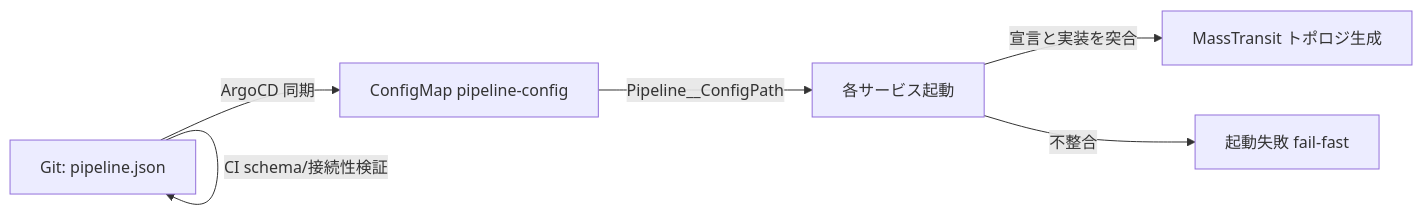
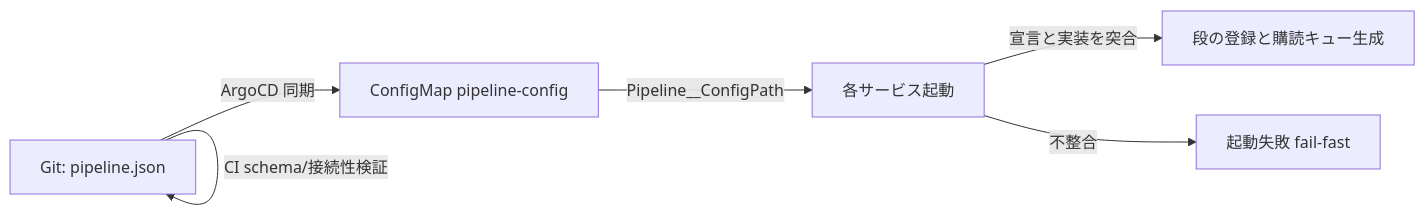
The diagram in docs/functional/FR-14_composability.md (endazon/microservices-platform), drawn with Mermaid before and after one commit. The commit also changed other lines of this file and 10 other files, not shown here.

First line of the commit message:
docs(FR-14,FR-02,NFR): コンポーザビリティの文書の MassTransit 前提の配線を Wolverine の実物へ合わせる（#1799） (#1800)

````diff
--- a/docs/functional/FR-14_composability.md
+++ b/docs/functional/FR-14_composability.md
@@ -72,8 +75,8 @@
 ```mermaid
 flowchart LR
   G[Git: pipeline.json] -->|CI schema/接続性検証| G
   G -->|ArgoCD 同期| CM[ConfigMap pipeline-config]
   CM -->|Pipeline__ConfigPath| S[各サービス起動]
-  S -->|宣言と実装を突合| OK[MassTransit トポロジ生成]
+  S -->|宣言と実装を突合| OK[段の登録と購読キュー生成]
   S -->|不整合| NG[起動失敗 fail-fast]
 ```
````
